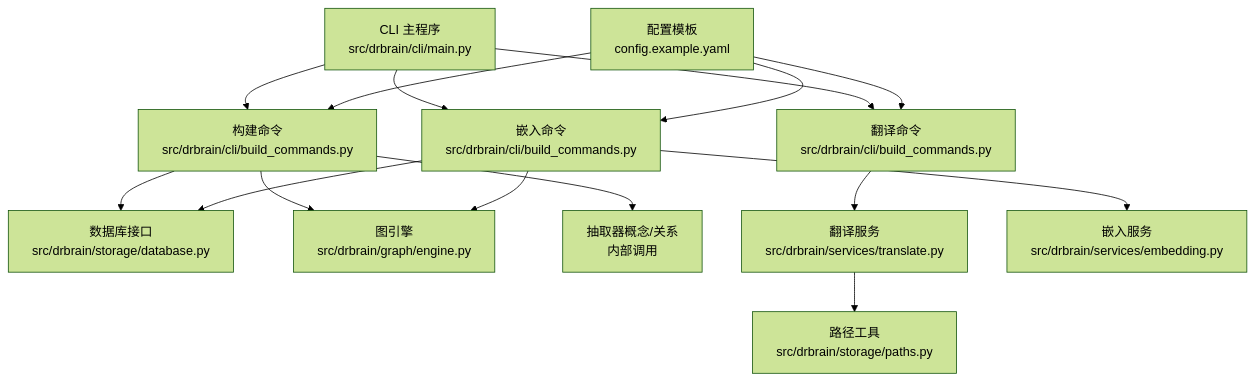
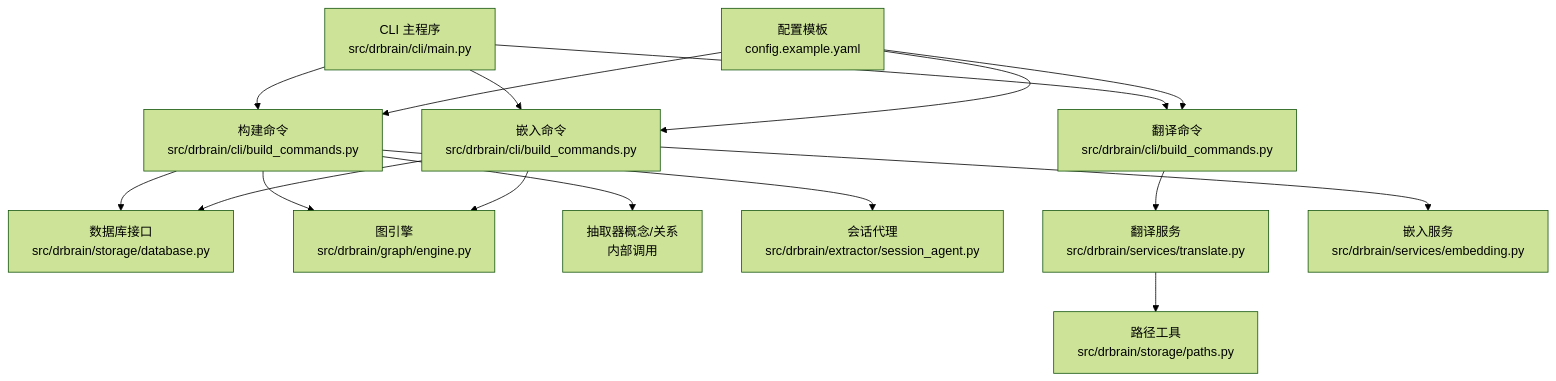
The first of 6 diagrams in .qoder/repowiki/zh/content/CLI 命令参考/知识构建命令.md (UynajGI/drbrain), drawn with Mermaid (forest theme) before and after one commit. The commit also changed other lines of this file and 7 other files, not shown here.

First line of the commit message:
docs: 同步 Session Agent 集成到文档和记忆

````diff
--- a/.qoder/repowiki/zh/content/CLI 命令参考/知识构建命令.md
+++ b/.qoder/repowiki/zh/content/CLI 命令参考/知识构建命令.md
@@ -42,17 +53,18 @@
 ```mermaid
 graph TB
 CLI["CLI 主程序<br/>src/drbrain/cli/main.py"] --> BuildCmd["构建命令<br/>src/drbrain/cli/build_commands.py"]
 CLI --> TranslateCmd["翻译命令<br/>src/drbrain/cli/build_commands.py"]
 CLI --> EmbedCmd["嵌入命令<br/>src/drbrain/cli/build_commands.py"]
 BuildCmd --> DB["数据库接口<br/>src/drbrain/storage/database.py"]
 BuildCmd --> Graph["图引擎<br/>src/drbrain/graph/engine.py"]
 BuildCmd --> Extractor["抽取器概念/关系<br/>内部调用"]
+BuildCmd --> SessionAgent["会话代理<br/>src/drbrain/extractor/session_agent.py"]
 TranslateCmd --> TranslateSvc["翻译服务<br/>src/drbrain/services/translate.py"]
 TranslateSvc --> Paths["路径工具<br/>src/drbrain/storage/paths.py"]
 EmbedCmd --> EmbedSvc["嵌入服务<br/>src/drbrain/services/embedding.py"]
 EmbedCmd --> Graph
 EmbedCmd --> DB
 Config["配置模板<br/>config.example.yaml"] --> BuildCmd
 Config --> TranslateCmd
 Config --> EmbedCmd
 ```
````
